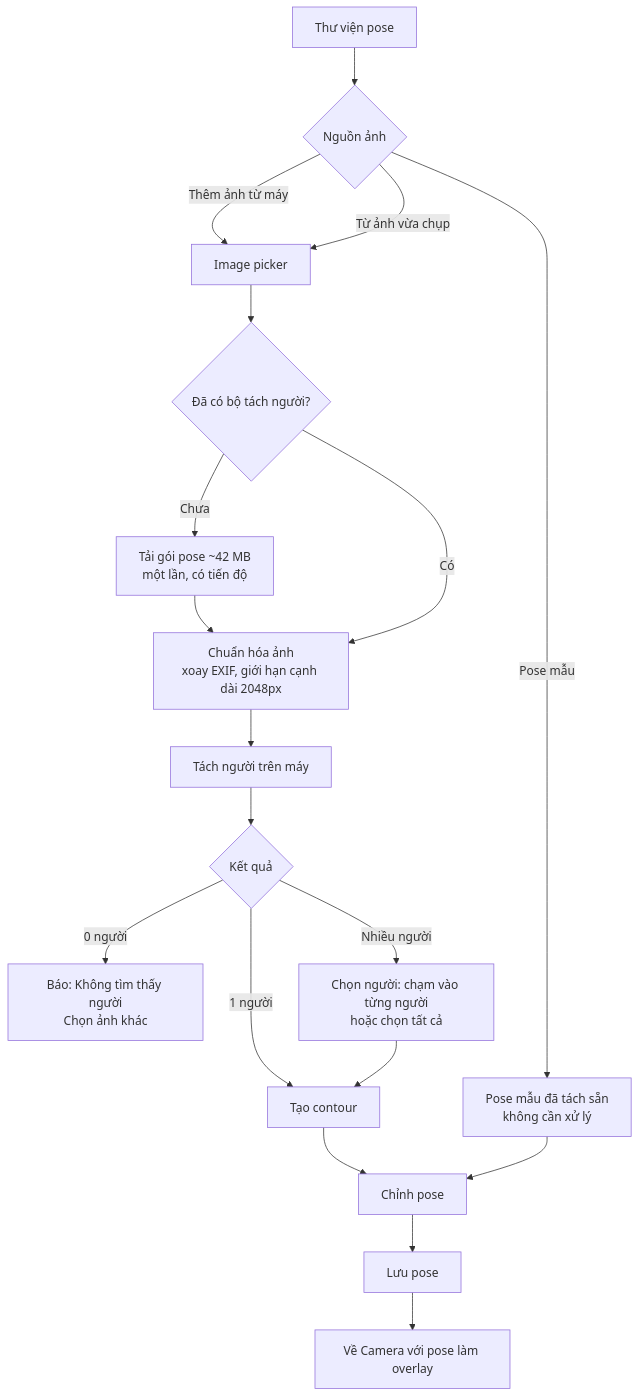
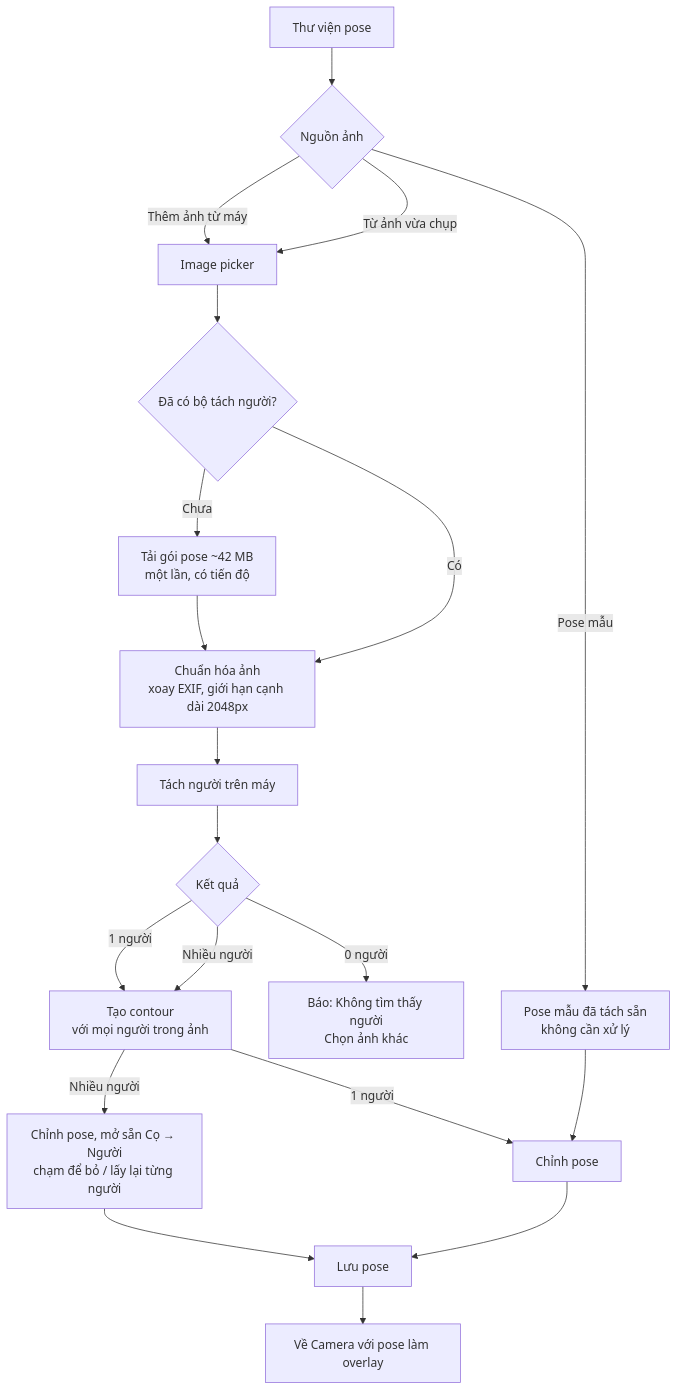
One commit to tktnq2004/TakeASnap changed the third of 7 diagrams in docs/business-flow.md. Above: the diagram before and after it, drawn with Mermaid. The commit also changed other lines of this file and 12 other files, not shown here.

First line of the commit message:
feat(editor): chọn người gộp vào Cọ, bỏ màn Chọn người

````diff
--- a/docs/business-flow.md
+++ b/docs/business-flow.md
@@ -156,21 +156,22 @@
 ```mermaid
 flowchart TD
     A[Thư viện pose] --> B{Nguồn ảnh}
     B -- "Thêm ảnh từ máy" --> P[Image picker]
     B -- "Pose mẫu" --> S[Pose mẫu đã tách sẵn<br/>không cần xử lý]
     B -- "Từ ảnh vừa chụp" --> P
     P --> DL{Đã có bộ tách người?}
     DL -- "Chưa" --> DLG[Tải gói pose ~42 MB<br/>một lần, có tiến độ]
     DLG --> Q
     DL -- "Có" --> Q[Chuẩn hóa ảnh<br/>xoay EXIF, giới hạn cạnh dài 2048px]
     Q --> R[Tách người trên máy]
     R --> D{Kết quả}
     D -- "0 người" --> E1[Báo: Không tìm thấy người<br/>Chọn ảnh khác]
-    D -- "1 người" --> CT[Tạo contour]
-    D -- "Nhiều người" --> M[Chọn người: chạm vào từng người<br/>hoặc chọn tất cả]
-    M --> CT
-    CT --> ED[Chỉnh pose]
+    D -- "1 người" --> CT[Tạo contour<br/>với mọi người trong ảnh]
+    D -- "Nhiều người" --> CT
+    CT -- "1 người" --> ED[Chỉnh pose]
+    CT -- "Nhiều người" --> EDP[Chỉnh pose, mở sẵn Cọ → Người<br/>chạm để bỏ / lấy lại từng người]
+    EDP --> SV
     S --> ED
     ED --> SV[Lưu pose]
     SV --> CAM[Về Camera với pose làm overlay]
 ```
````
